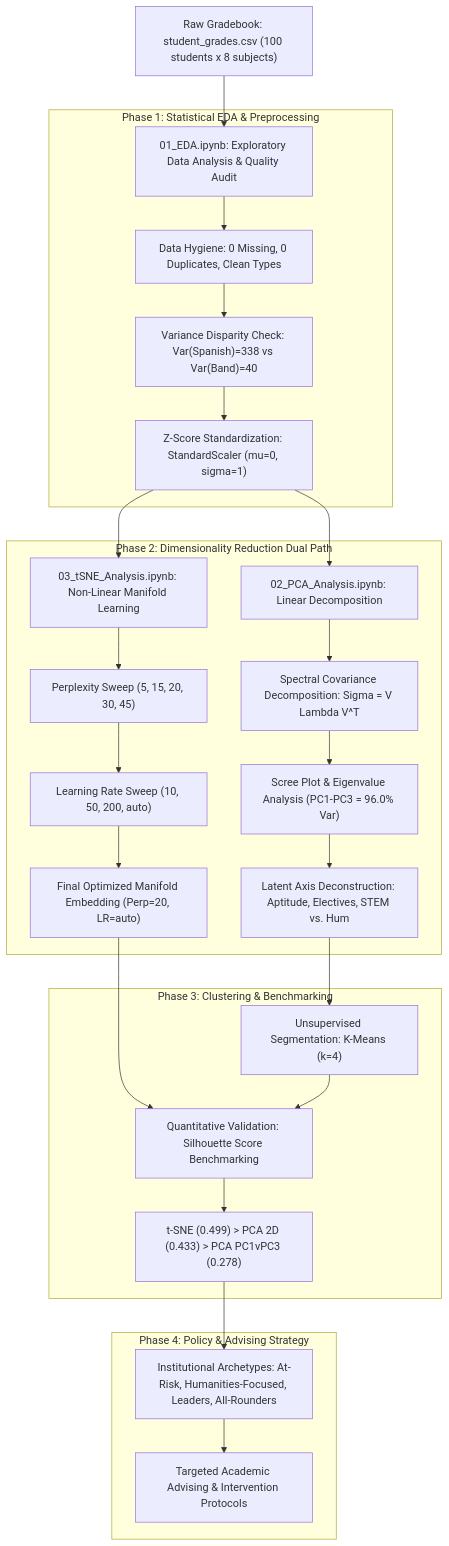
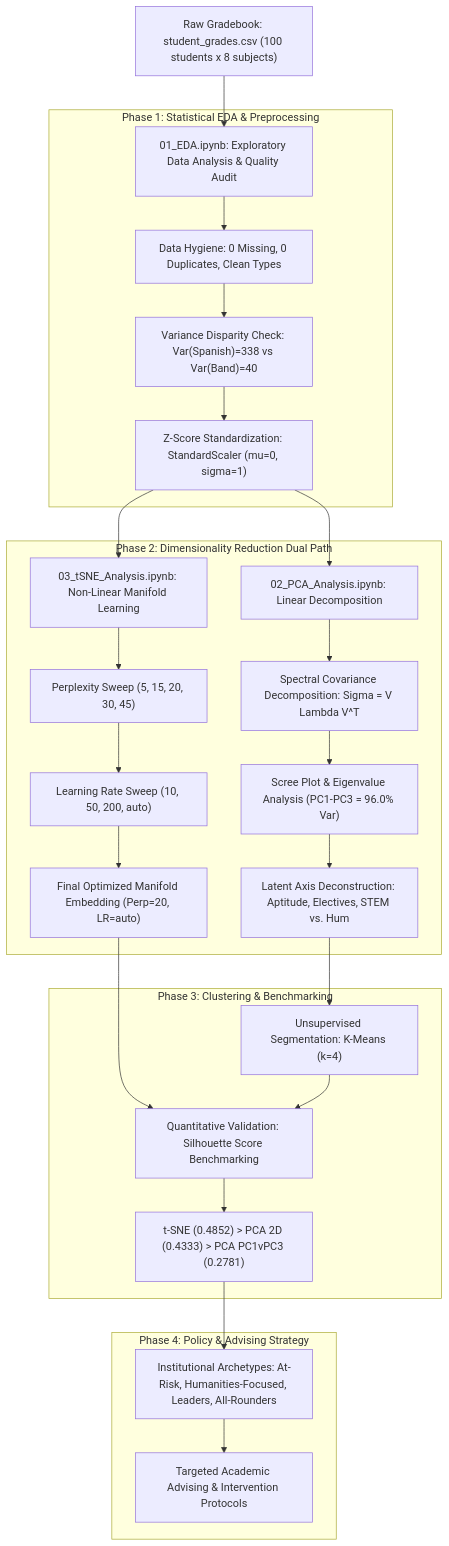
Before and after one commit to imrup9/Dimensionality-Reduction: the diagram in README.md, drawn with Mermaid. The commit also changed other lines of this file and 1 other file, not shown here.

````diff
--- a/README.md
+++ b/README.md
@@ -42,35 +42,35 @@
 ```mermaid
 flowchart TD
     A["Raw Gradebook: student_grades.csv (100 students x 8 subjects)"] --> B["01_EDA.ipynb: Exploratory Data Analysis & Quality Audit"]
     
     subgraph Data_Integrity ["Phase 1: Statistical EDA & Preprocessing"]
         B --> C["Data Hygiene: 0 Missing, 0 Duplicates, Clean Types"]
         C --> D["Variance Disparity Check: Var(Spanish)=338 vs Var(Band)=40"]
         D --> E["Z-Score Standardization: StandardScaler (mu=0, sigma=1)"]
     end
 
     subgraph Dimensionality_Reduction ["Phase 2: Dimensionality Reduction Dual Path"]
         E --> F["02_PCA_Analysis.ipynb: Linear Decomposition"]
         E --> G["03_tSNE_Analysis.ipynb: Non-Linear Manifold Learning"]
         
         F --> F1["Spectral Covariance Decomposition: Sigma = V Lambda V^T"]
         F1 --> F2["Scree Plot & Eigenvalue Analysis (PC1-PC3 = 96.0% Var)"]
         F2 --> F3["Latent Axis Deconstruction: Aptitude, Electives, STEM vs. Hum"]
         
         G --> G1["Perplexity Sweep (5, 15, 20, 30, 45)"]
         G1 --> G2["Learning Rate Sweep (10, 50, 200, auto)"]
         G2 --> G3["Final Optimized Manifold Embedding (Perp=20, LR=auto)"]
     end
 
     subgraph Cluster_Benchmarking ["Phase 3: Clustering & Benchmarking"]
         F3 --> H["Unsupervised Segmentation: K-Means (k=4)"]
         G3 --> I["Quantitative Validation: Silhouette Score Benchmarking"]
         H --> I
-        I --> J["t-SNE (0.499) > PCA 2D (0.433) > PCA PC1vPC3 (0.278)"]
+        I --> J["t-SNE (0.4852) > PCA 2D (0.4333) > PCA PC1vPC3 (0.2781)"]
     end
 
     subgraph Actionable_Outcomes ["Phase 4: Policy & Advising Strategy"]
         J --> K["Institutional Archetypes: At-Risk, Humanities-Focused, Leaders, All-Rounders"]
         K --> L["Targeted Academic Advising & Intervention Protocols"]
     end
 ```
````
